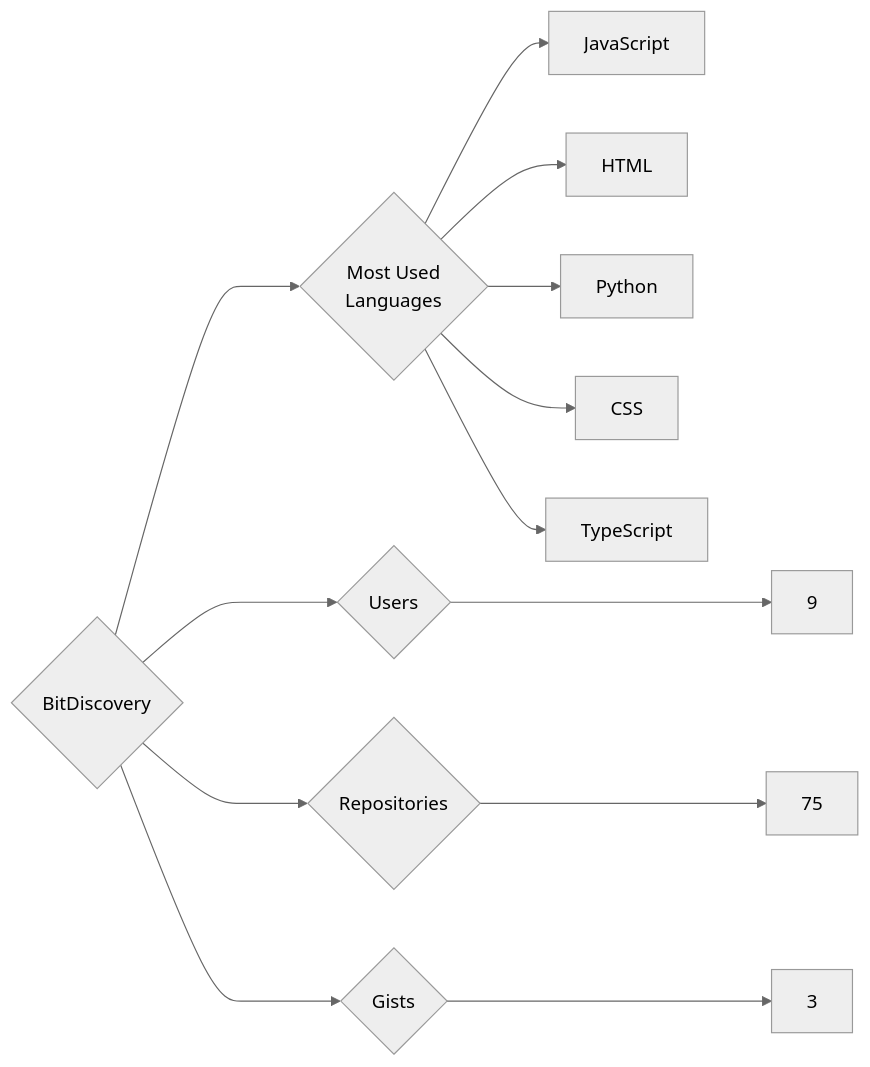
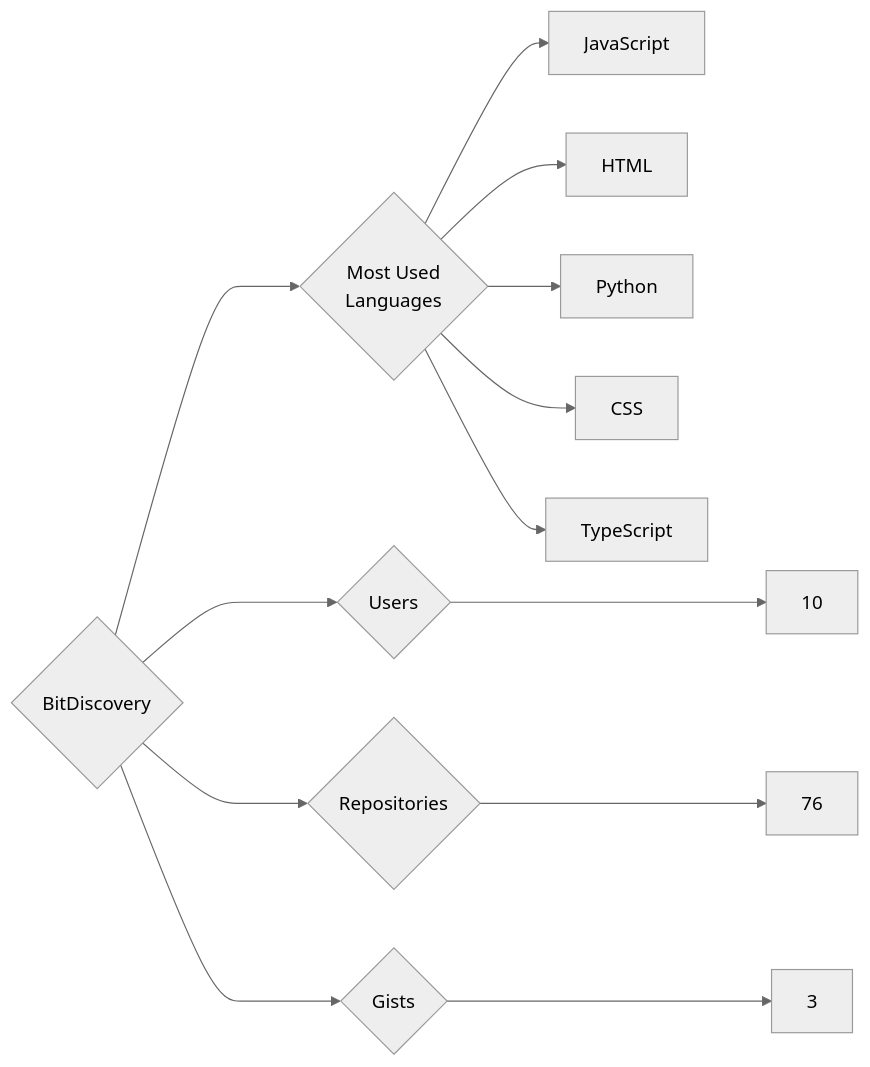
Before and after one commit to trickest/insiders: the diagram in targets/BitDiscovery/README.md, drawn with Mermaid (neutral theme). The commit also changed 1055 other files, not shown here.

````diff
--- a/targets/BitDiscovery/README.md
+++ b/targets/BitDiscovery/README.md
@@ -3,13 +3,13 @@
 ```mermaid
 graph LR
 COMPANY_NAME{BitDiscovery}
-COMPANY_NAME ---> U{Users} ---> UN[9]
-COMPANY_NAME ---> R{Repositories} ---> RN[75]
+COMPANY_NAME ---> U{Users} ---> UN[10]
+COMPANY_NAME ---> R{Repositories} ---> RN[76]
 COMPANY_NAME ---> G{Gists} ---> GN[3]
 COMPANY_NAME ---> ML{Most Used<br>Languages}
 ML --> JavaScript[JavaScript]
 ML --> HTML[HTML]
 ML --> Python[Python]
 ML --> CSS[CSS]
 ML --> TypeScript[TypeScript]
 ```
````
